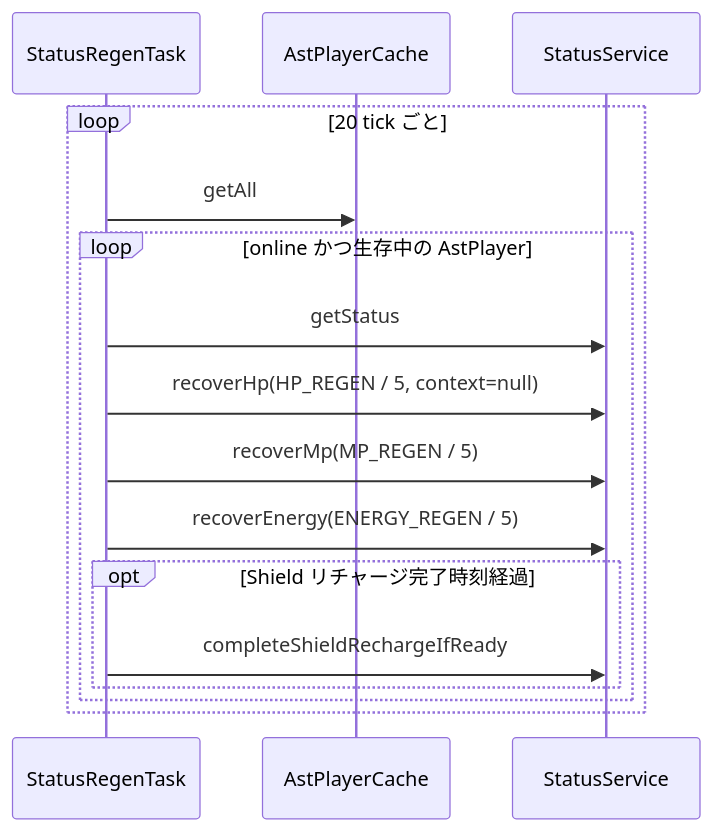
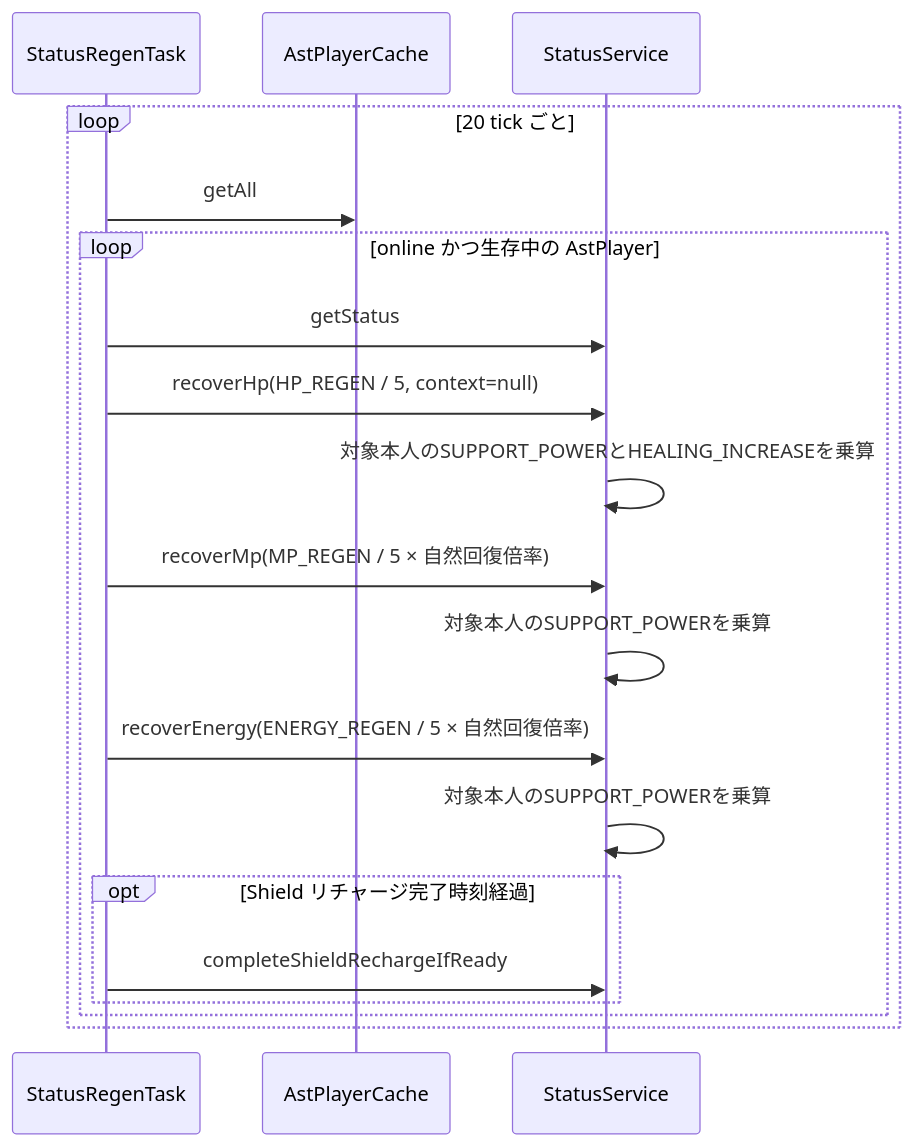
One commit to maaasu/AstralRecord-Workspace changed the third of 5 diagrams in 00_docs/10_Plugin設計書/feature/07-status/07_4-統合フロー.md. Above: the diagram before and after it, drawn with Mermaid. The commit also changed other lines of this file and 13 other files, not shown here.

````diff
--- a/00_docs/10_Plugin設計書/feature/07-status/07_4-統合フロー.md
+++ b/00_docs/10_Plugin設計書/feature/07-status/07_4-統合フロー.md
@@ -68,19 +68,22 @@
 ```mermaid
 sequenceDiagram
     participant T as StatusRegenTask
     participant C as AstPlayerCache
     participant S as StatusService
 
     loop 20 tick ごと
         T->>C: getAll
         loop online かつ生存中の AstPlayer
             T->>S: getStatus
             T->>S: recoverHp(HP_REGEN / 5, context=null)
-            T->>S: recoverMp(MP_REGEN / 5)
-            T->>S: recoverEnergy(ENERGY_REGEN / 5)
+            S->>S: 対象本人のSUPPORT_POWERとHEALING_INCREASEを乗算
+            T->>S: recoverMp(MP_REGEN / 5 × 自然回復倍率)
+            S->>S: 対象本人のSUPPORT_POWERを乗算
+            T->>S: recoverEnergy(ENERGY_REGEN / 5 × 自然回復倍率)
+            S->>S: 対象本人のSUPPORT_POWERを乗算
             opt Shield リチャージ完了時刻経過
                 T->>S: completeShieldRechargeIfReady
             end
         end
     end
 ```
````
